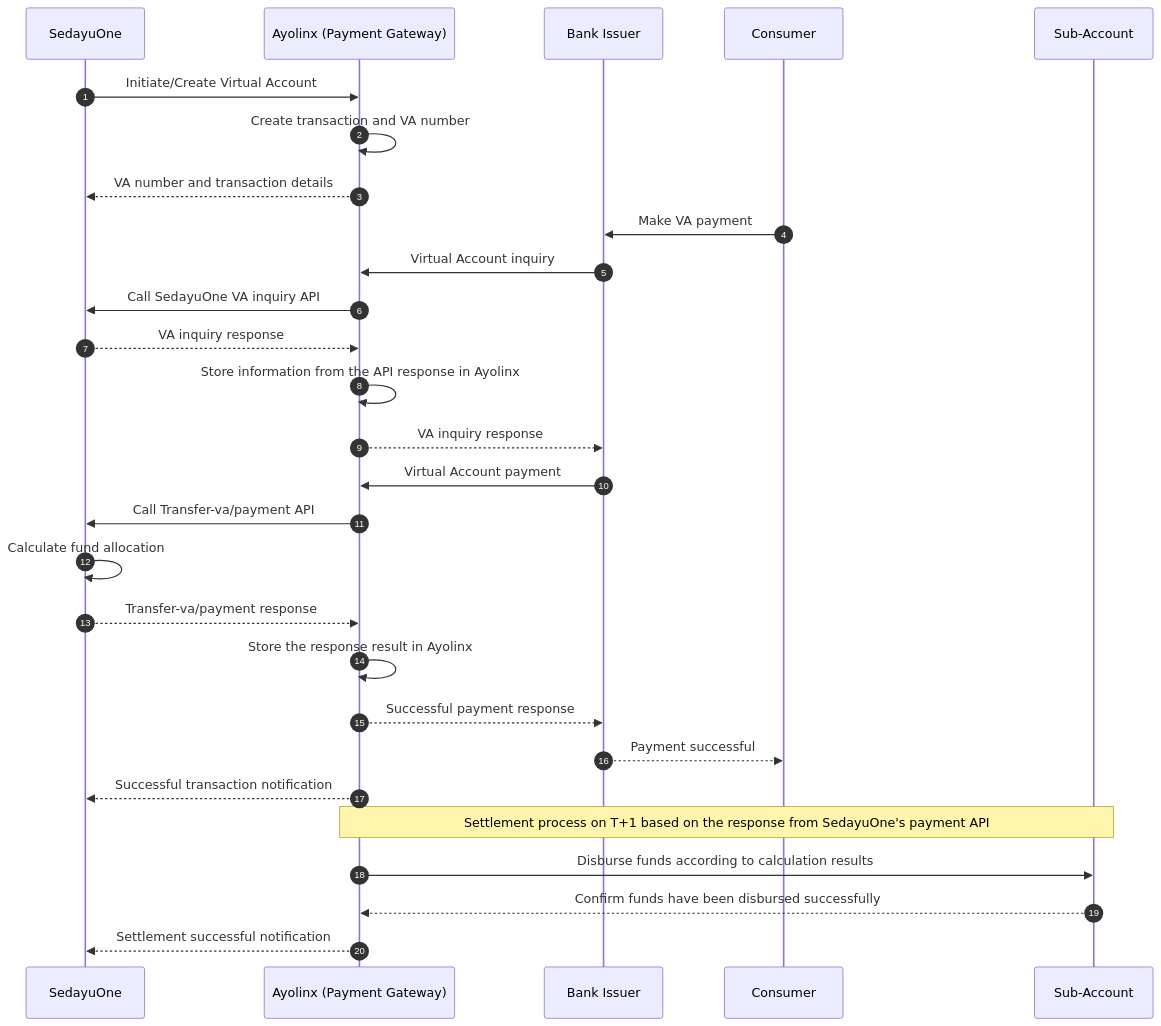
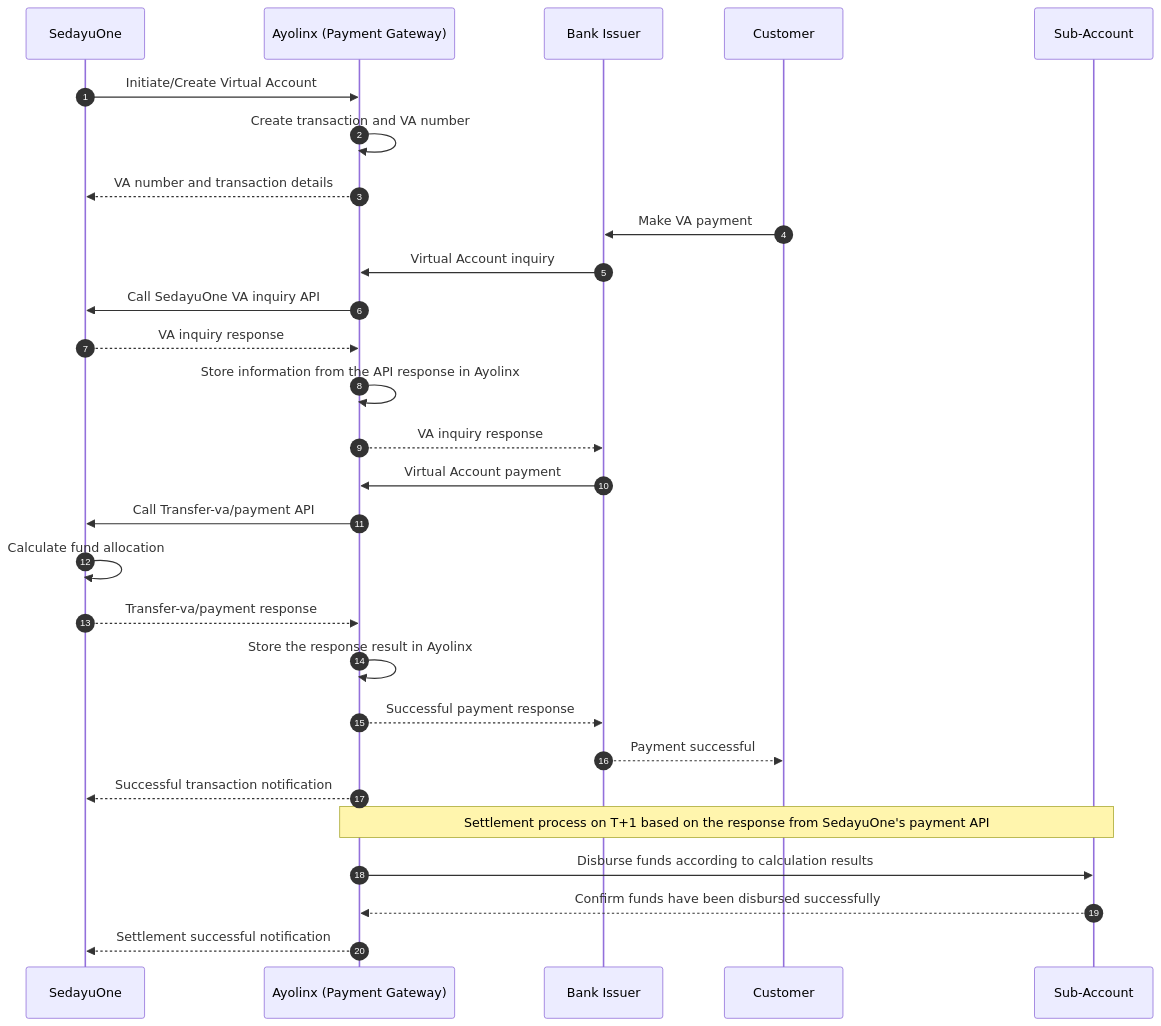
Before and after one commit to pbutarbutar/flowipl: the diagram in sequence-diagram-va-sedayuone-ayolinx-en.md, drawn with Mermaid. The commit also changed other lines of this file and 1 other file, not shown here.

````diff
--- a/sequence-diagram-va-sedayuone-ayolinx-en.md
+++ b/sequence-diagram-va-sedayuone-ayolinx-en.md
@@ -13,36 +13,36 @@
 ```mermaid
 sequenceDiagram
     autonumber
     participant SO as SedayuOne
     participant PG as Ayolinx (Payment Gateway)
     participant BI as Bank Issuer
-    participant C as Consumer
+    participant C as Customer
     participant SA as Sub-Account
 
     SO->>PG: Initiate/Create Virtual Account
     PG->>PG: Create transaction and VA number
     PG-->>SO: VA number and transaction details
 
     C->>BI: Make VA payment
     BI->>PG: Virtual Account inquiry
     PG->>SO: Call SedayuOne VA inquiry API
     SO-->>PG: VA inquiry response
     PG->>PG: Store information from the API response in Ayolinx
     PG-->>BI: VA inquiry response
 
     BI->>PG: Virtual Account payment
     PG->>SO: Call Transfer-va/payment API
     SO->>SO: Calculate fund allocation
     SO-->>PG: Transfer-va/payment response
     PG->>PG: Store the response result in Ayolinx
 
     PG-->>BI: Successful payment response
     BI-->>C: Payment successful
     PG-->>SO: Successful transaction notification
 
     Note over PG,SA: Settlement process on T+1 based on the response from SedayuOne's payment API
 
     PG->>SA: Disburse funds according to calculation results
     SA-->>PG: Confirm funds have been disbursed successfully
     PG-->>SO: Settlement successful notification
 ```
````
